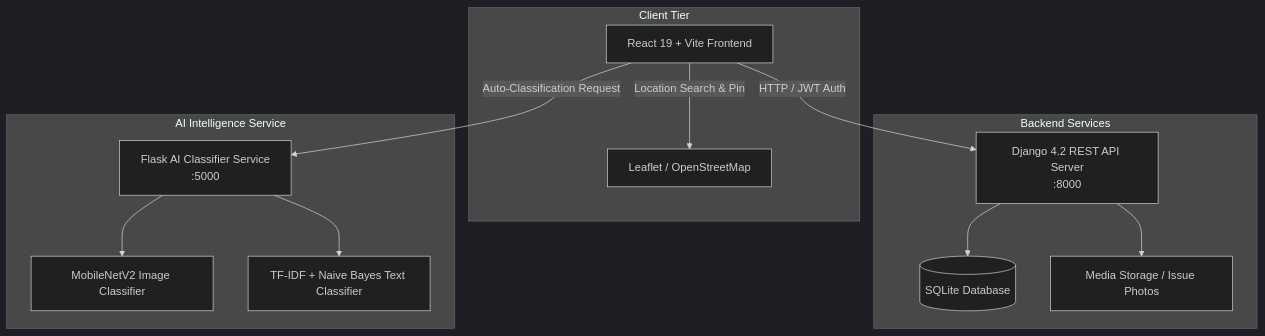
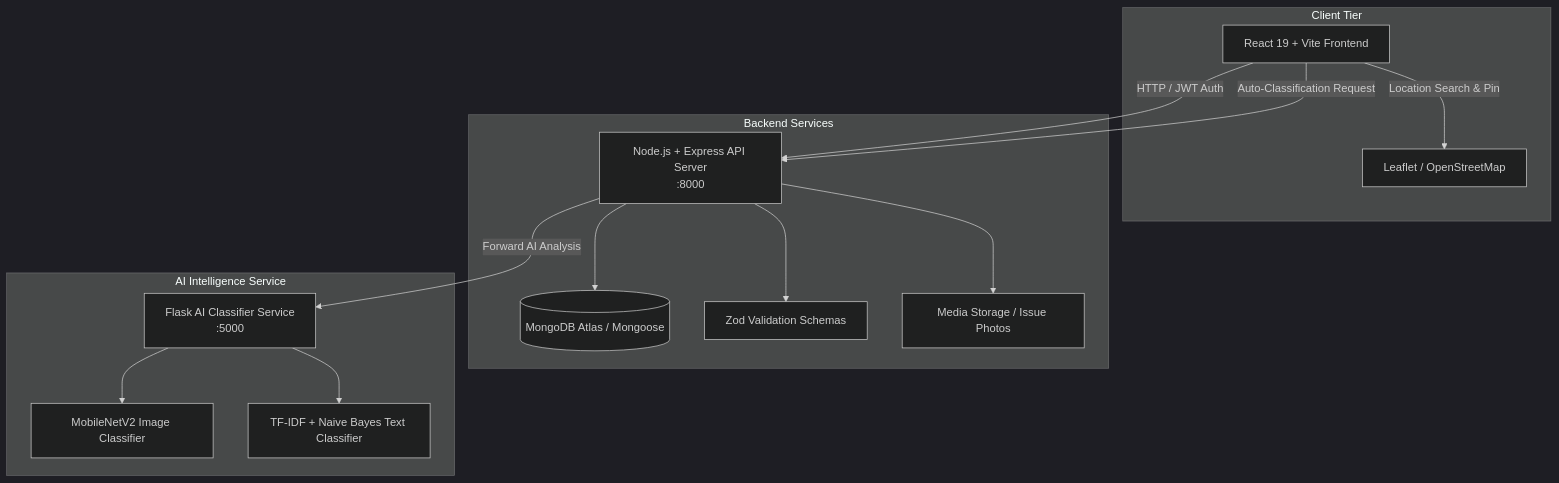
The diagram in PROJECT.md (Anuj2556/fixmycity), drawn with Mermaid (dark theme) before and after one commit. The commit also changed other lines of this file and 84 other files, not shown here.

Commit message:
feat: implement backend API services, database models, and frontend authentication login page

````diff
--- a/PROJECT.md
+++ b/PROJECT.md
@@ -11,27 +11,30 @@
 ```mermaid
 flowchart TB
     subgraph Client Tier
         FE[React 19 + Vite Frontend]
         Leaflet[Leaflet / OpenStreetMap]
     end
 
     subgraph Backend Services
-        Django[Django 4.2 REST API Server\n:8000]
-        DB[(SQLite Database)]
+        NodeAPI[Node.js + Express API Server\n:8000]
+        MongoDB[(MongoDB Atlas / Mongoose)]
+        Zod[Zod Validation Schemas]
         Media[Media Storage / Issue Photos]
     end
 
     subgraph AI Intelligence Service
         FlaskAI[Flask AI Classifier Service\n:5000]
         MobileNet[MobileNetV2 Image Classifier]
         TFIDF[TF-IDF + Naive Bayes Text Classifier]
     end
 
-    FE -->|HTTP / JWT Auth| Django
+    FE -->|HTTP / JWT Auth| NodeAPI
     FE -->|Location Search & Pin| Leaflet
-    FE -->|Auto-Classification Request| FlaskAI
-    Django --> DB
-    Django --> Media
+    FE -->|Auto-Classification Request| NodeAPI
+    NodeAPI -->|Forward AI Analysis| FlaskAI
+    NodeAPI --> Zod
+    NodeAPI --> MongoDB
+    NodeAPI --> Media
     FlaskAI --> MobileNet
     FlaskAI --> TFIDF
 ```
````
